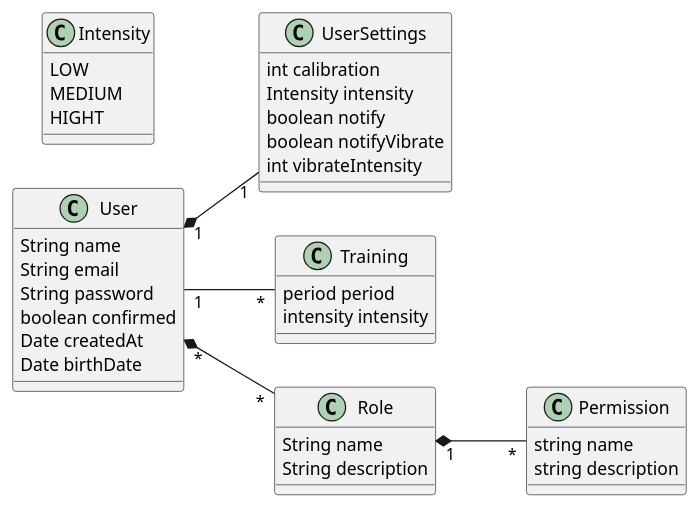
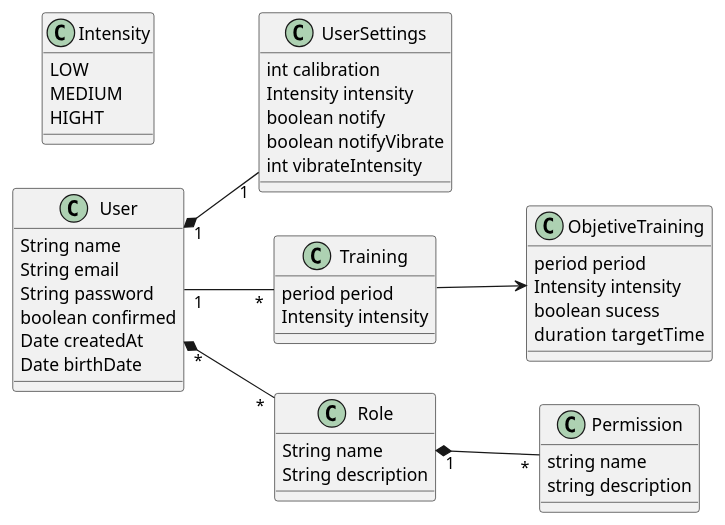
The diagram in domain-model/user.plantuml (TCC-Vertebral-Column-Monitor/doc), drawn with PlantUML before and after one commit.

```diff
--- a/domain-model/user.plantuml
+++ b/domain-model/user.plantuml
@@ -1,43 +1,51 @@
 @startuml
 left to right direction 
 
 User "1" *-- "1" UserSettings
 User "1" -- "*"  Training 
 Role "1" *-- "*" Permission 
 User "*" *-- "*" Role 
+Training --> ObjetiveTraining
 class User{
     String name
     String email
     String password
     boolean confirmed
     Date createdAt
     Date birthDate 
   }
 
 class Role {
     String name
     String description
   }
 
 class Permission{
     string name 
     string description 
   }
 
 class UserSettings{
     int calibration 
     Intensity intensity
     boolean notify
     boolean notifyVibrate
     int vibrateIntensity
   }
 class Training{
     period period 
-    intensity intensity
+    Intensity intensity
   }
+class ObjetiveTraining{
+    period period 
+    Intensity intensity
+    boolean sucess
+    duration  targetTime 
+  }
+
 class Intensity{
     LOW
     MEDIUM
     HIGHT
   }
 @enduml
```
